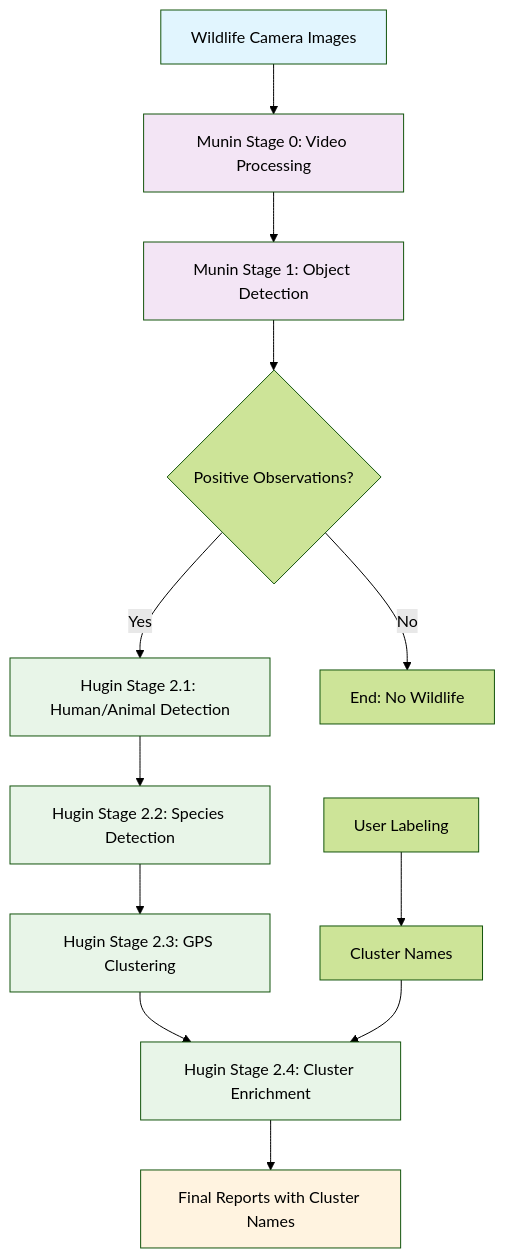
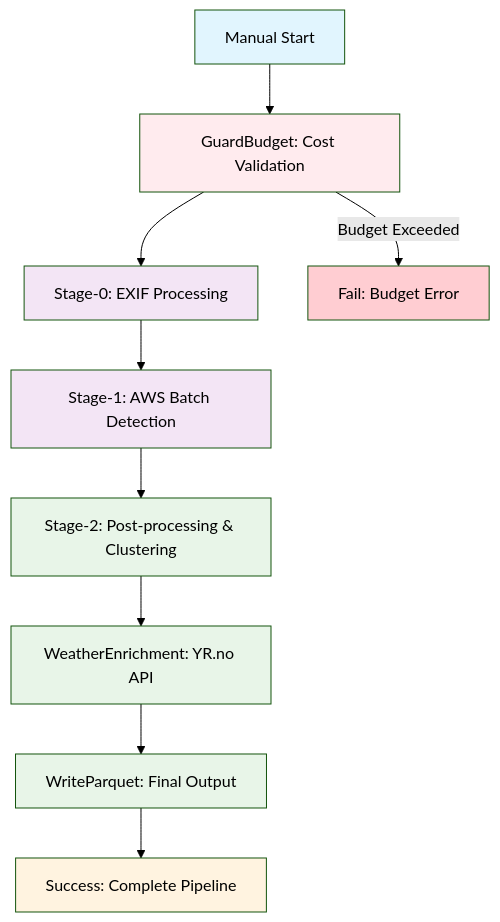
The diagram in README.md (leeth/swedish_wildlife_cam), drawn with Mermaid (forest theme) before and after one commit. The commit also changed other lines of this file and 20 other files, not shown here.

First line of the commit message:
feat: Refactor to AWS Step Functions architecture

````diff
--- a/README.md
+++ b/README.md
@@ -14,25 +14,22 @@
 ```mermaid
 graph TD
-    A[Wildlife Camera Images] --> B[Munin Stage 0: Video Processing]
-    B --> C[Munin Stage 1: Object Detection]
-    C --> D{Positive Observations?}
-    D -->|Yes| E[Hugin Stage 2.1: Human/Animal Detection]
-    D -->|No| F[End: No Wildlife]
+    A[Manual Start] --> B[GuardBudget: Cost Validation]
+    B --> C[Stage-0: EXIF Processing]
+    C --> D[Stage-1: AWS Batch Detection]
+    D --> E[Stage-2: Post-processing & Clustering]
+    E --> F[WeatherEnrichment: YR.no API]
+    F --> G[WriteParquet: Final Output]
+    G --> H[Success: Complete Pipeline]
     
-    E --> G[Hugin Stage 2.2: Species Detection]
-    G --> H[Hugin Stage 2.3: GPS Clustering]
-    H --> I[Hugin Stage 2.4: Cluster Enrichment]
-    I --> J[Final Reports with Cluster Names]
-    
-    K[User Labeling] --> L[Cluster Names]
-    L --> I
+    B -->|Budget Exceeded| I[Fail: Budget Error]
     
     style A fill:#e1f5fe
-    style B fill:#f3e5f5
+    style B fill:#ffebee
     style C fill:#f3e5f5
+    style D fill:#f3e5f5
     style E fill:#e8f5e8
+    style F fill:#e8f5e8
     style G fill:#e8f5e8
-    style H fill:#e8f5e8
-    style I fill:#e8f5e8
-    style J fill:#fff3e0
+    style H fill:#fff3e0
+    style I fill:#ffcdd2
 ```
````
